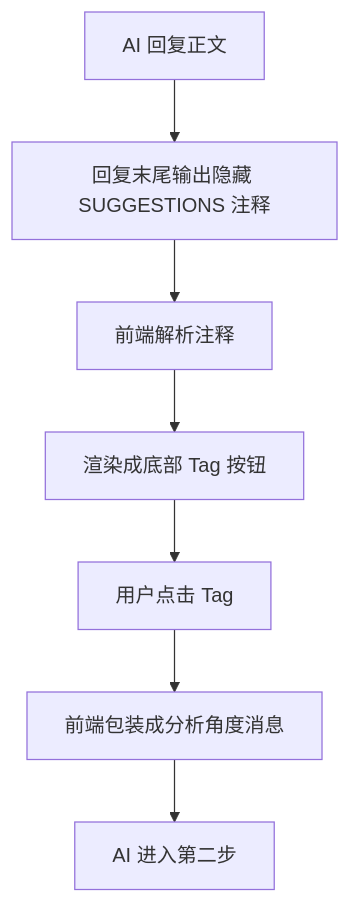
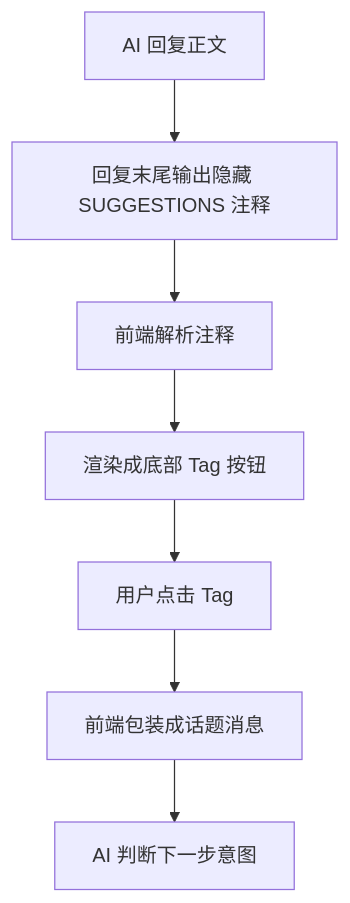
The second of 2 diagrams in docs/reflection-ai-flow-and-tag-logic.md (lumia-zhu/adhdplanner_windows), drawn with Mermaid before and after one commit. The commit also changed other lines of this file and 7 other files, not shown here.

First line of the commit message:
feat: deepen free reflection flow and fix spotlight alignment

````diff
--- a/docs/reflection-ai-flow-and-tag-logic.md
+++ b/docs/reflection-ai-flow-and-tag-logic.md
@@ -205,9 +207,9 @@
 ```mermaid
 flowchart TD
   aiReply["AI 回复正文"] --> hiddenSuggestions["回复末尾输出隐藏 SUGGESTIONS 注释"]
   hiddenSuggestions --> frontendParse["前端解析注释"]
   frontendParse --> renderButtons["渲染成底部 Tag 按钮"]
   renderButtons --> userSelects["用户点击 Tag"]
-  userSelects --> wrapMessage["前端包装成分析角度消息"]
-  wrapMessage --> aiSecondStep["AI 进入第二步"]
+  userSelects --> wrapMessage["前端包装成话题消息"]
+  wrapMessage --> aiNextIntent["AI 判断下一步意图"]
 ```
````
